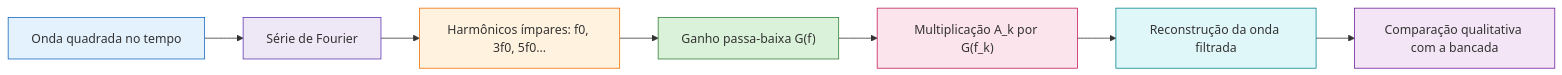
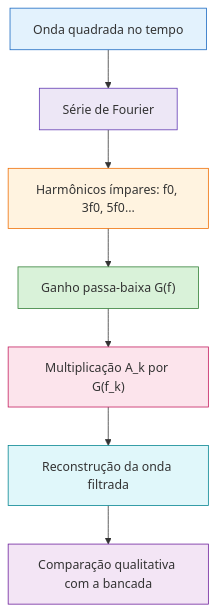
The diagram in README.md (gutermanjunior/Lab3-2026-Exp3Atv0-Fourier-Filtro_RC), drawn with Mermaid before and after one commit.

````diff
--- a/README.md
+++ b/README.md
@@ -227,18 +227,18 @@
 ```mermaid
-flowchart LR
+flowchart TD
 
 A[Onda quadrada no tempo] --> B[Série de Fourier]
 B --> C[Harmônicos ímpares: f0, 3f0, 5f0...]
 C --> D["Ganho passa-baixa G(f)"]
 D --> E["Multiplicação A_k por G(f_k)"]
 E --> F[Reconstrução da onda filtrada]
 F --> G[Comparação qualitativa com a bancada]
 
 style A fill:#e3f2fd,stroke:#1565c0,stroke-width:1px
 style B fill:#ede7f6,stroke:#5e35b1,stroke-width:1px
 style C fill:#fff3e0,stroke:#ef6c00,stroke-width:1px
 style D fill:#d9f2d9,stroke:#2e7d32,stroke-width:1px
 style E fill:#fce4ec,stroke:#c2185b,stroke-width:1px
 style F fill:#e0f7fa,stroke:#00838f,stroke-width:1px
 style G fill:#f3e5f5,stroke:#6a1b9a,stroke-width:1px
 ```
````
